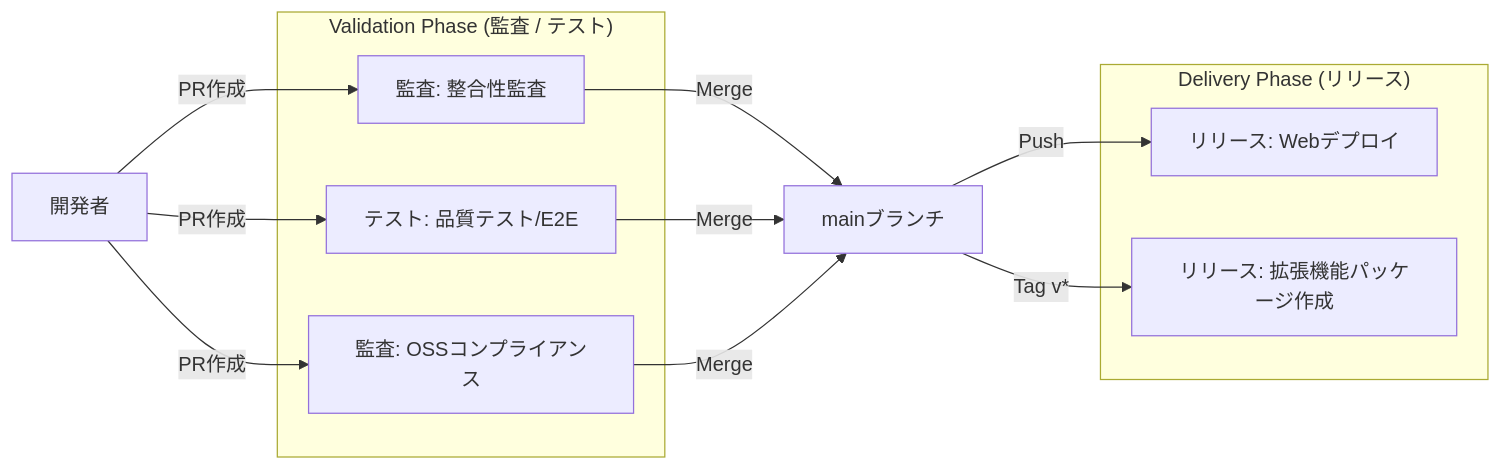
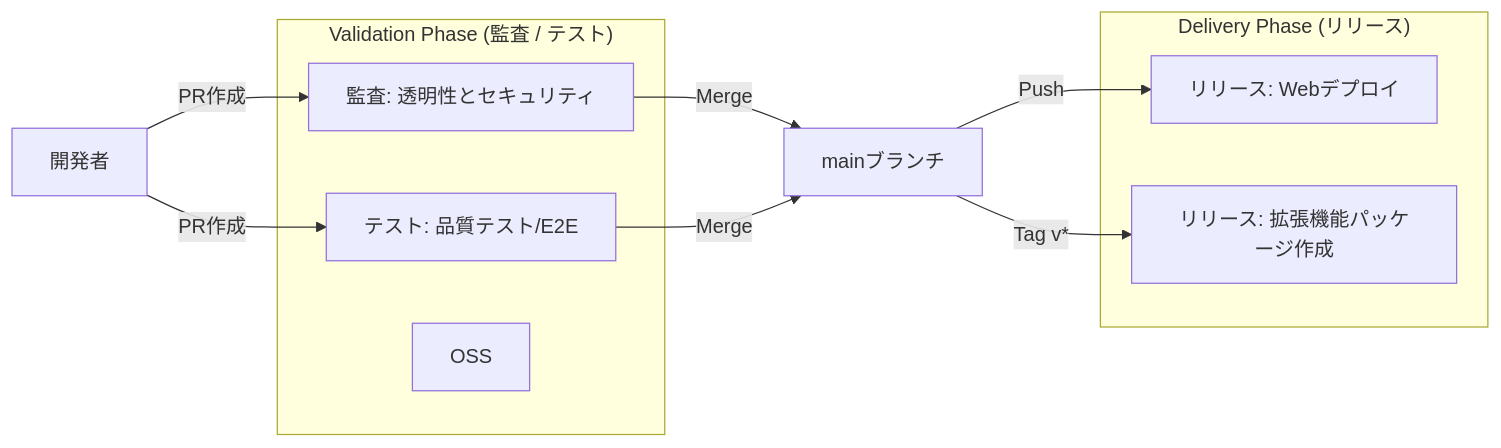
The second of 2 diagrams in docs/README_ACTIONS.md (masanori-satake/QuickLog-Solo), drawn with Mermaid before and after one commit. The commit also changed other lines of this file and 21 other files, not shown here.

````diff
--- a/docs/README_ACTIONS.md
+++ b/docs/README_ACTIONS.md
@@ -118,22 +117,21 @@
 ```mermaid
 flowchart LR
-    Dev[開発者] -- PR作成 --> Audit[監査: 整合性監査]
+    Dev[開発者] -- PR作成 --> Audit[監査: 透明性とセキュリティ]
     Dev -- PR作成 --> Test[テスト: 品質テスト/E2E]
-    Dev -- PR作成 --> OSS[監査: OSSコンプライアンス]
 
-    Audit & Test & OSS -- Merge --> Main[mainブランチ]
+    Audit & Test -- Merge --> Main[mainブランチ]
     Main -- Push --> Deploy[リリース: Webデプロイ]
 
     Main -- Tag v* --> Rel[リリース: 拡張機能パッケージ作成]
 
     subgraph "Validation Phase (監査 / テスト)"
     Audit
     Test
     OSS
     end
 
     subgraph "Delivery Phase (リリース)"
     Deploy
     Rel
     end
 ```
````
